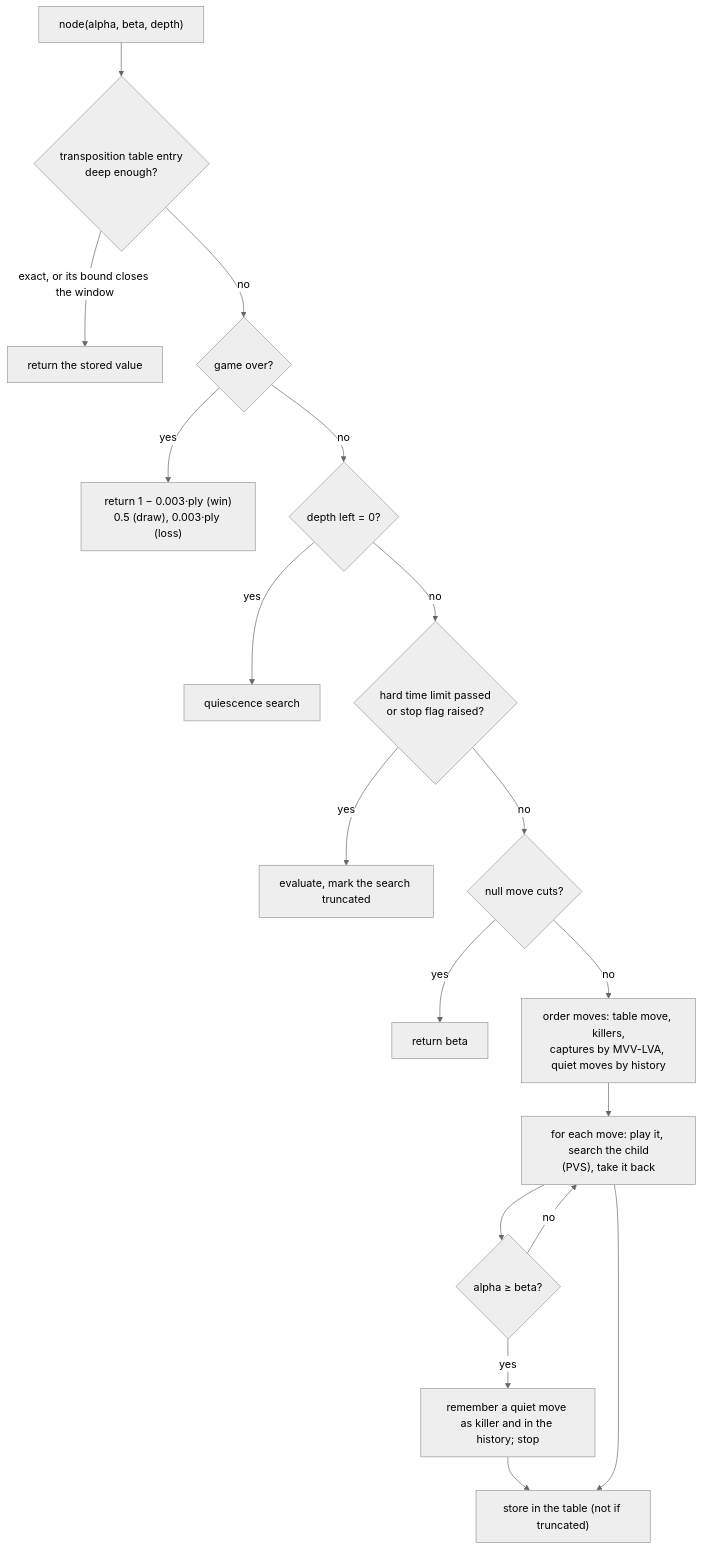
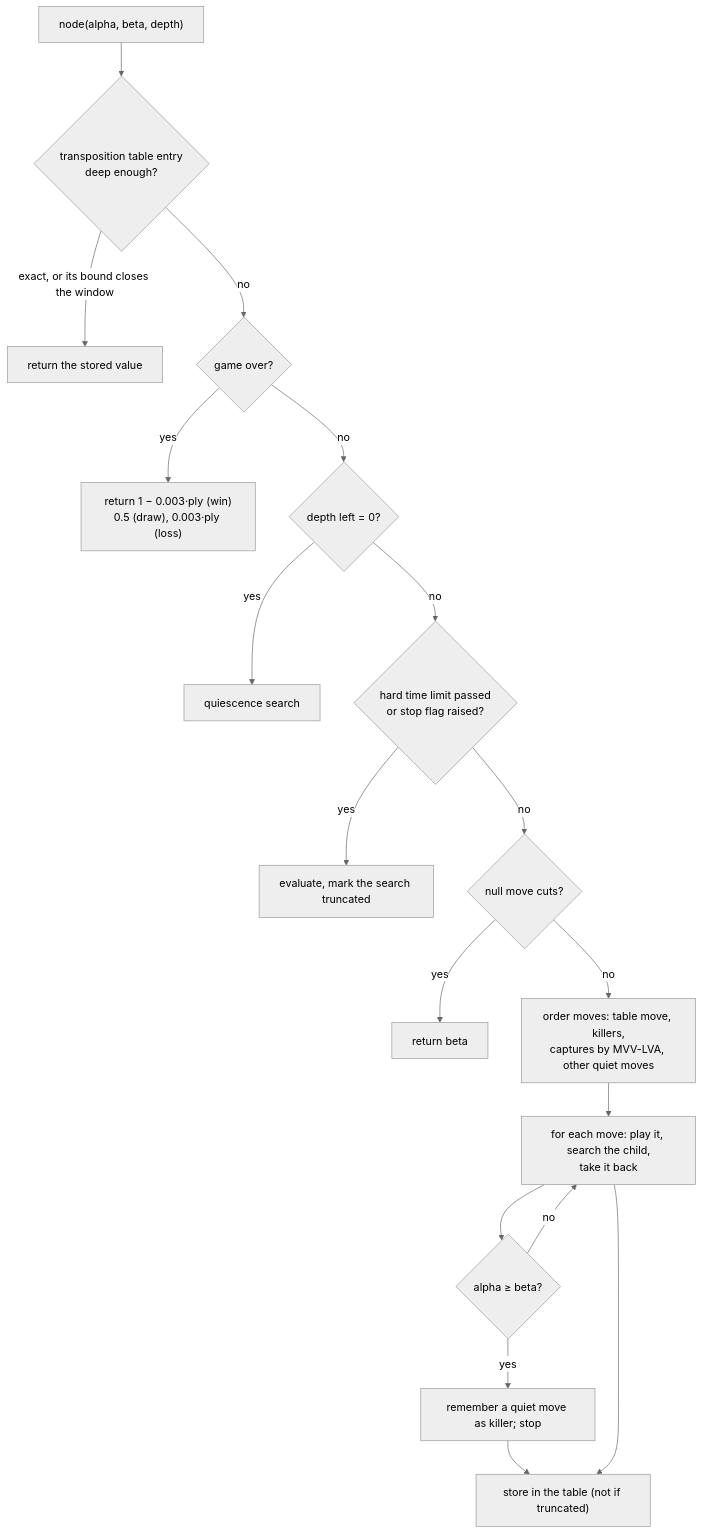
Before and after one commit to JoaquinDeVA/chess-ai-engine: the diagram in docs/SEARCH.md, drawn with Mermaid (neutral theme). The commit also changed other lines of this file and 28 other files, not shown here.

````diff
--- a/docs/SEARCH.md
+++ b/docs/SEARCH.md
@@ -69,20 +69,20 @@
 ```mermaid
 flowchart TD
     N["node(alpha, beta, depth)"] --> T{"transposition table entry<br/>deep enough?"}
     T -- "exact, or its bound closes the window" --> R1["return the stored value"]
     T -- no --> X{"game over?"}
     X -- yes --> R2["return 1 − 0.003·ply (win)<br/>0.5 (draw), 0.003·ply (loss)"]
     X -- no --> D{"depth left = 0?"}
     D -- yes --> Q["quiescence search"]
     D -- no --> C{"hard time limit passed<br/>or stop flag raised?"}
     C -- yes --> R4["evaluate, mark the search truncated"]
     C -- no --> NM{"null move cuts?"}
     NM -- yes --> R5["return beta"]
-    NM -- no --> O["order moves: table move, killers,<br/>captures by MVV-LVA, quiet moves by history"]
-    O --> L["for each move: play it, search the child<br/>(PVS), take it back"]
+    NM -- no --> O["order moves: table move, killers,<br/>captures by MVV-LVA, other quiet moves"]
+    O --> L["for each move: play it, search the child,<br/>take it back"]
     L --> P{"alpha ≥ beta?"}
-    P -- yes --> K["remember a quiet move as killer and in the history; stop"]
+    P -- yes --> K["remember a quiet move as killer; stop"]
     P -- no --> L
     K --> S["store in the table (not if truncated)"]
     L --> S
 ```
````
